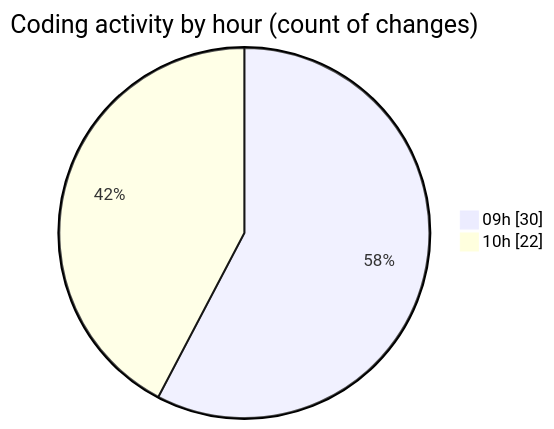
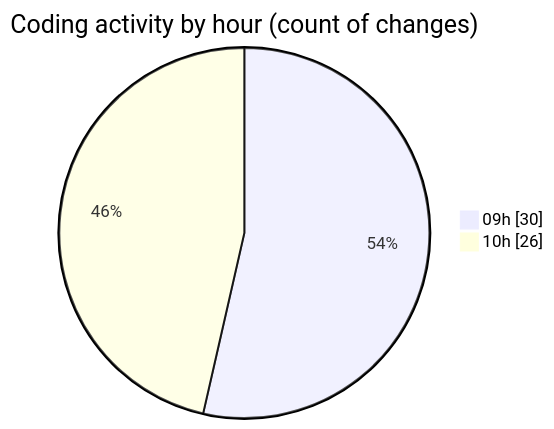
One commit to momahboobian/code-tracking changed the second of 2 diagrams in 2025-04-02/cda/README.md. Above: the diagram before and after it, drawn with Mermaid. The commit also changed other lines of this file and 1 other file, not shown here.

````diff
--- a/2025-04-02/cda/README.md
+++ b/2025-04-02/cda/README.md
@@ -33,6 +33,6 @@
 ```mermaid
 pie showData
 title Coding activity by hour (count of changes)
 "09h" : 30
-"10h" : 22
+"10h" : 26
 ```
````
